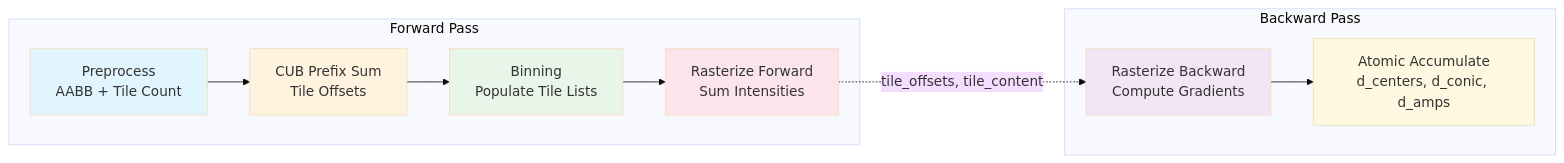
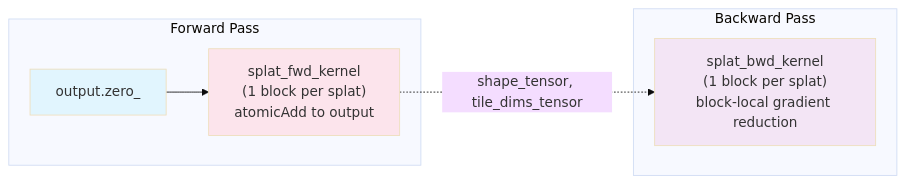
The diagram in packages/luxar/src/luxar/gsplats/models/gsplats/cuda/SPECIFICATIONS.md (royerlab/luxar), drawn with Mermaid (base theme) before and after one commit. The commit also changed other lines of this file and 84 other files, not shown here.

````diff
--- a/packages/luxar/src/luxar/gsplats/models/gsplats/cuda/SPECIFICATIONS.md
+++ b/packages/luxar/src/luxar/gsplats/models/gsplats/cuda/SPECIFICATIONS.md
@@ -599,21 +606,16 @@
 ```mermaid
 graph LR
     subgraph Forward Pass
-        A[Preprocess<br/>AABB + Tile Count] --> B[CUB Prefix Sum<br/>Tile Offsets]
-        B --> C[Binning<br/>Populate Tile Lists]
-        C --> D[Rasterize Forward<br/>Sum Intensities]
+        A[output.zero_] --> B["splat_fwd_kernel<br/>(1 block per splat)<br/>atomicAdd to output"]
     end
 
     subgraph Backward Pass
-        E[Rasterize Backward<br/>Compute Gradients] --> F[Atomic Accumulate<br/>d_centers, d_conic, d_amps]
+        C["splat_bwd_kernel<br/>(1 block per splat)<br/>block-local gradient reduction"]
     end
 
-    D -.->|tile_offsets, tile_content| E
+    B -.->|shape_tensor, tile_dims_tensor| C
 
     style A fill:#e1f5fe
-    style B fill:#fff3e0
-    style C fill:#e8f5e9
-    style D fill:#fce4ec
-    style E fill:#f3e5f5
-    style F fill:#fff8e1
+    style B fill:#fce4ec
+    style C fill:#f3e5f5
 ```
````
